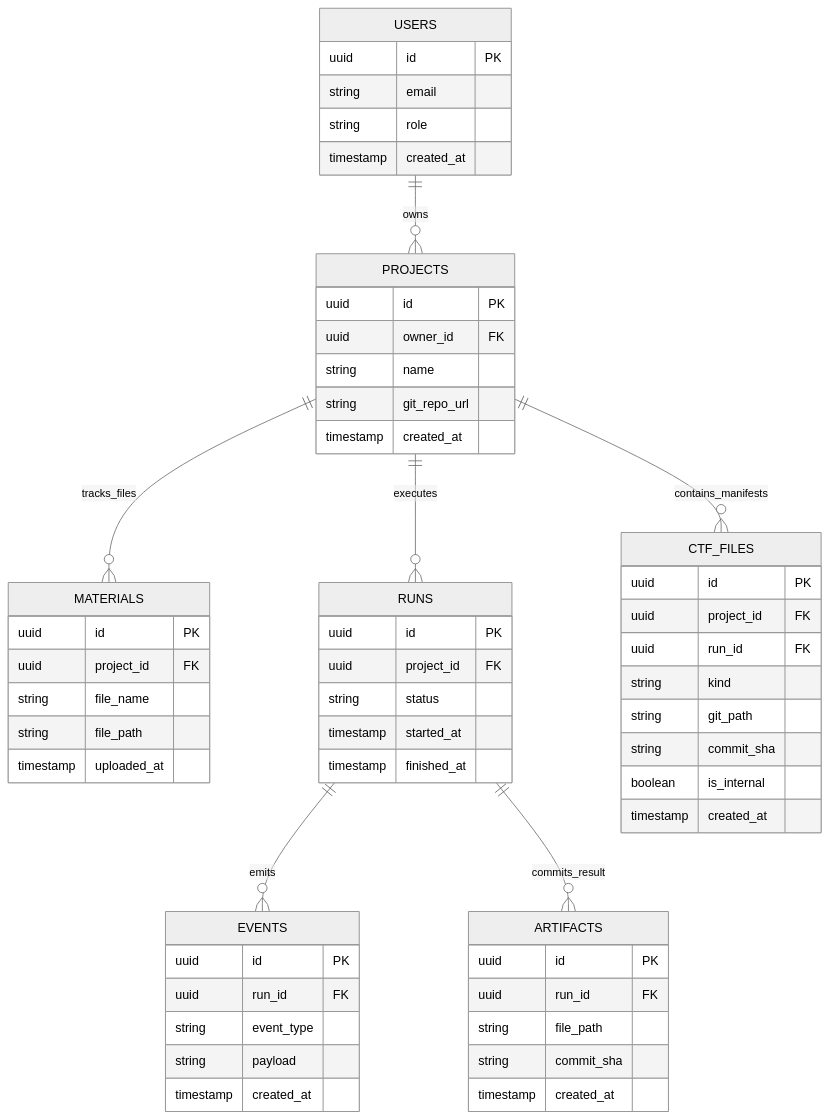
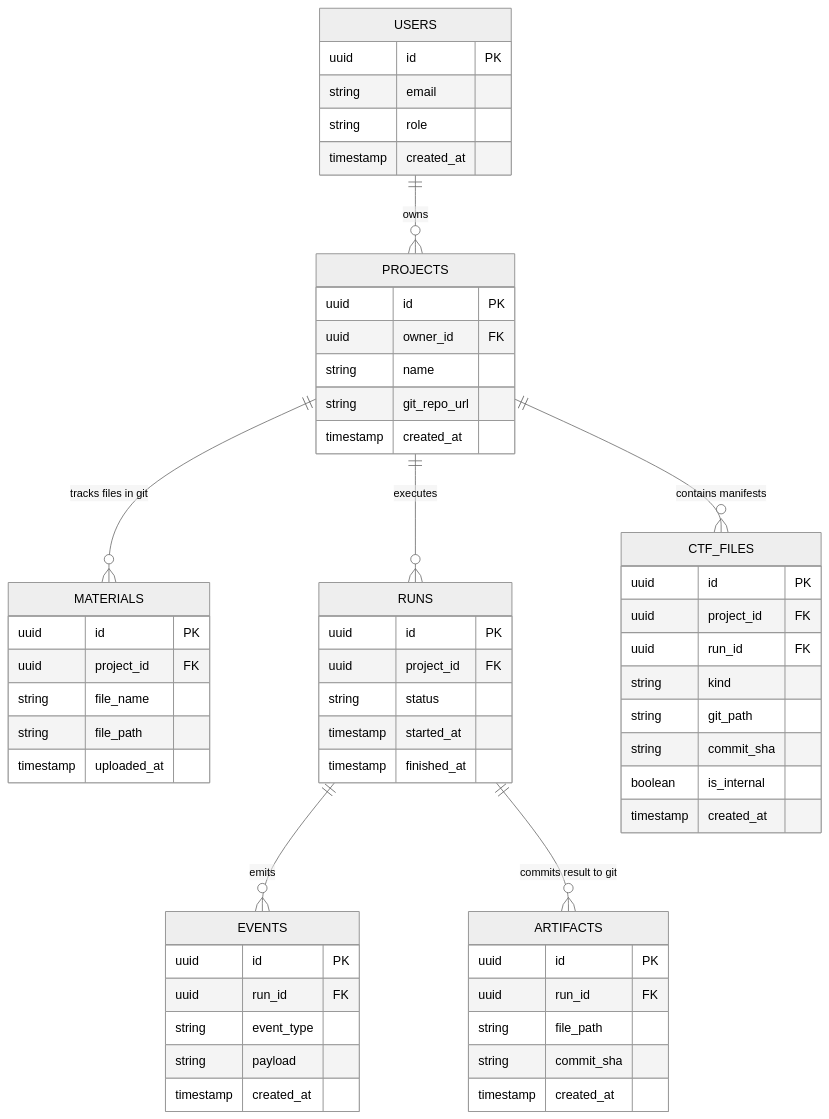
One commit to KolbasnyaAr/- changed the diagram in docs/adr/ADR-001-storage.md. Above: the diagram before and after it, drawn with Mermaid (neutral theme). The commit also changed other lines of this file, not shown here.

````diff
--- a/docs/adr/ADR-001-storage.md
+++ b/docs/adr/ADR-001-storage.md
@@ -61,61 +51,68 @@
 ```mermaid
 erDiagram
-    USERS ||--o{ PROJECTS : owns
-    PROJECTS ||--o{ MATERIALS : tracks_files
-    PROJECTS ||--o{ RUNS : executes
-    PROJECTS ||--o{ CTF_FILES : contains_manifests
-    RUNS ||--o{ EVENTS : emits
-    RUNS ||--o{ ARTIFACTS : commits_result
+    USERS ||--o{ PROJECTS : "owns"
+    PROJECTS ||--o{ MATERIALS : "tracks files in git"
+    PROJECTS ||--o{ RUNS : "executes"
+    PROJECTS ||--o{ CTF_FILES : "contains manifests"
+
+    RUNS ||--o{ EVENTS : "emits"
+    RUNS ||--o{ ARTIFACTS : "commits result to git"
 
     USERS {
         uuid id PK
         string email
         string role
         timestamp created_at
     }
+
     PROJECTS {
         uuid id PK
         uuid owner_id FK
         string name
         string git_repo_url
         timestamp created_at
     }
+
     MATERIALS {
         uuid id PK
         uuid project_id FK
         string file_name
         string file_path
         timestamp uploaded_at
     }
+
     CTF_FILES {
         uuid id PK
         uuid project_id FK
         uuid run_id FK
         string kind
         string git_path
         string commit_sha
         boolean is_internal
         timestamp created_at
     }
+
     RUNS {
         uuid id PK
         uuid project_id FK
         string status
         timestamp started_at
         timestamp finished_at
     }
+
     EVENTS {
         uuid id PK
         uuid run_id FK
         string event_type
         string payload
         timestamp created_at
     }
+
     ARTIFACTS {
         uuid id PK
         uuid run_id FK
         string file_path
         string commit_sha
         timestamp created_at
     }
 ```
````
